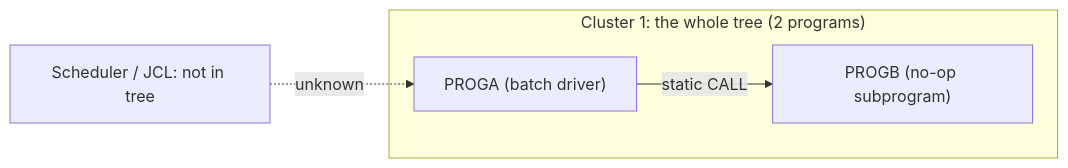
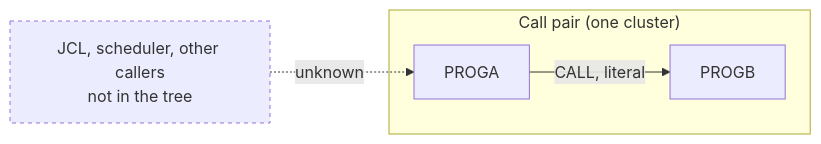
The diagram in evals/runs/01-static-call/modernization-assessment/02-coupling.md (Sparq-Holding-Inc/claude-legacy-modernization), drawn with Mermaid before and after one commit. The commit also changed other lines of this file and 252 other files, not shown here.

````diff
--- a/evals/runs/01-static-call/modernization-assessment/02-coupling.md
+++ b/evals/runs/01-static-call/modernization-assessment/02-coupling.md
@@ -42,7 +27,8 @@
 ```mermaid
 graph LR
-  subgraph Batch["Cluster 1: the whole tree (2 programs)"]
-    PROGA["PROGA (batch driver)"] -->|"static CALL"| PROGB["PROGB (no-op subprogram)"]
+  subgraph CLUSTER1["Call pair (one cluster)"]
+    PROGA -->|"CALL, literal"| PROGB
   end
-  Outside["Scheduler / JCL: not in tree"] -.->|"unknown"| PROGA
+  OUTSIDE["JCL, scheduler, other callers<br/>not in the tree"]:::missing -.->|"unknown"| PROGA
+  classDef missing stroke-dasharray: 4 4
 ```
````
